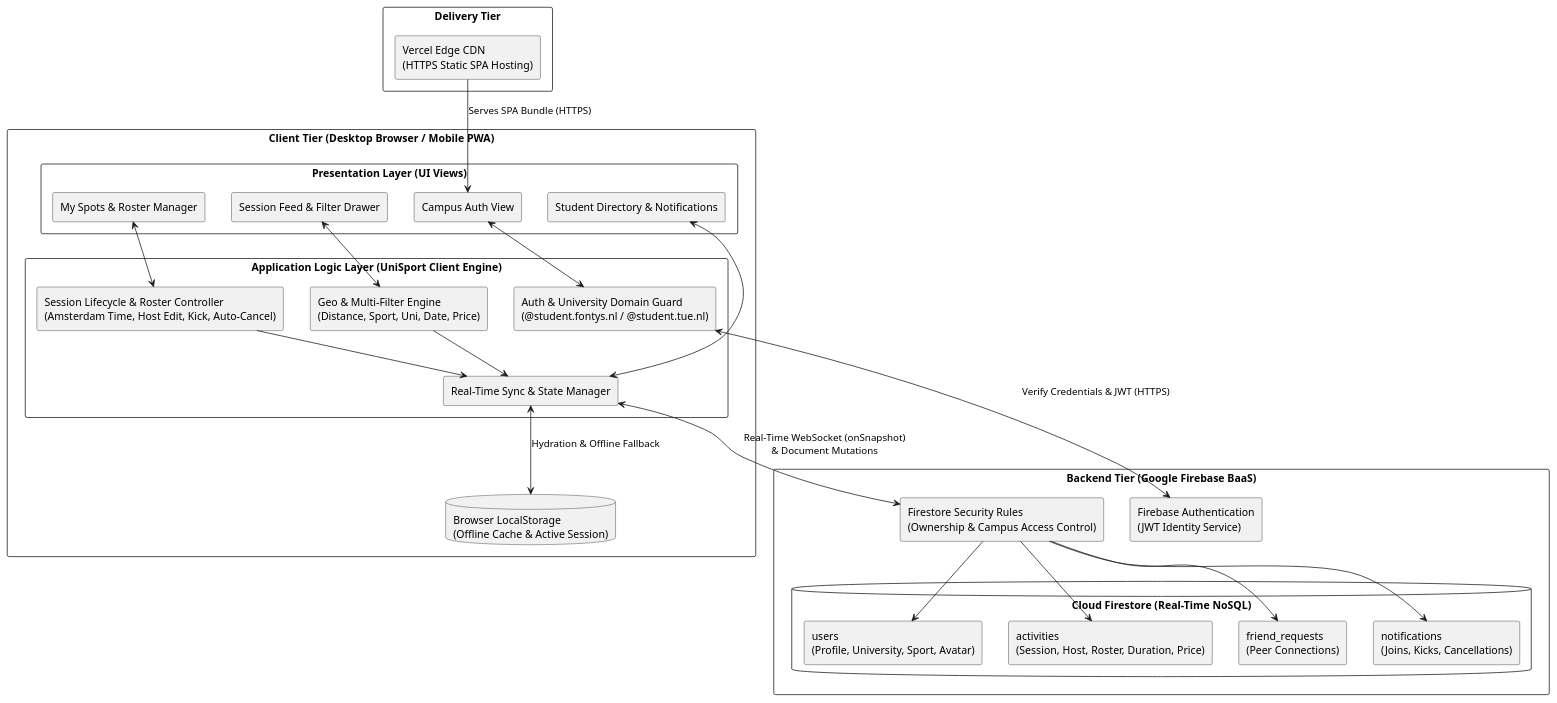
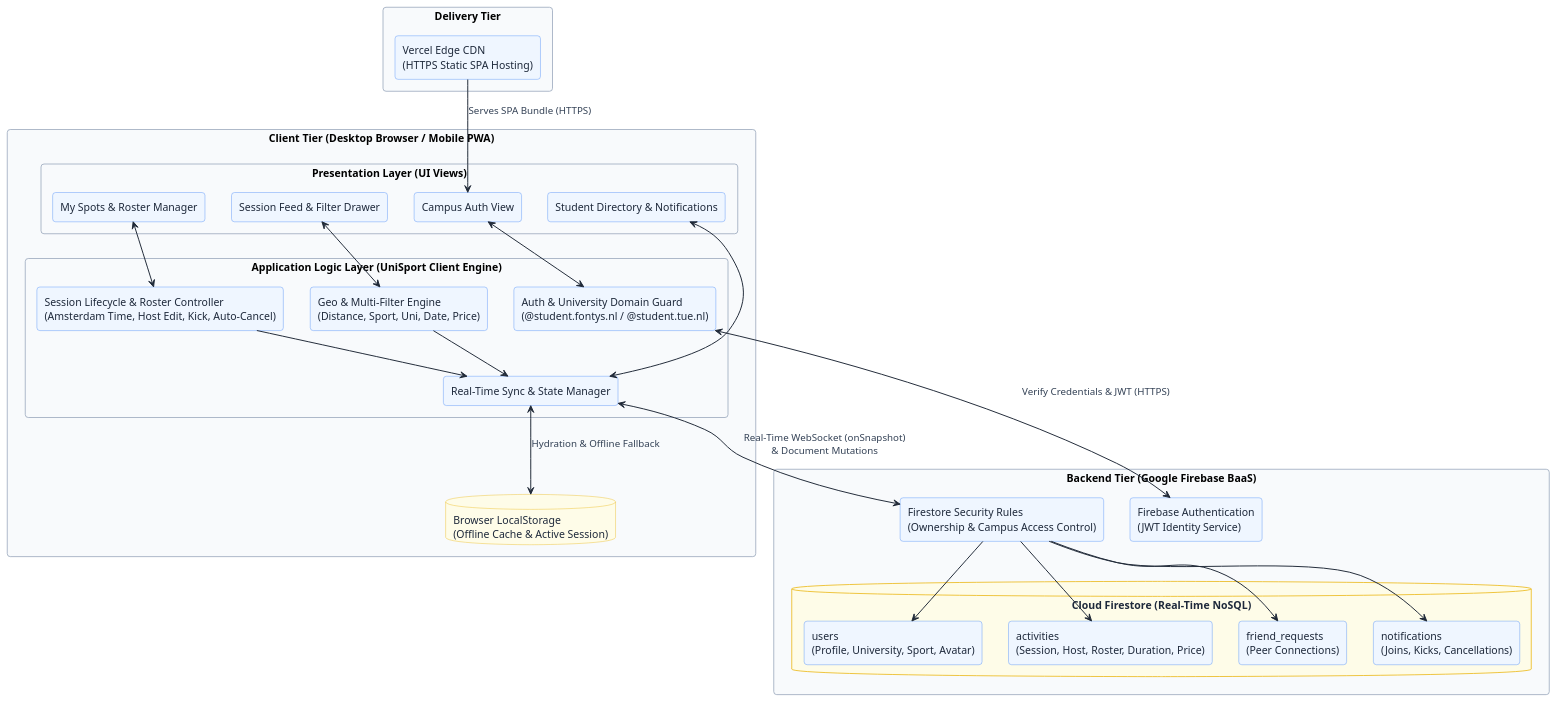
Before and after one commit to martimgalamba7/UniSport-FontysICT_Challenge2: the diagram in uml/System-Architecture-Topology.puml, drawn with PlantUML. The commit also changed 1 other file, not shown here.

Commit message:
style(uml): add blue and yellow color theme matching reference diagram

```diff
--- a/uml/System-Architecture-Topology.puml
+++ b/uml/System-Architecture-Topology.puml
@@ -1,60 +1,87 @@
 @startuml UniSport_System_Architecture_Topology
+skinparam backgroundColor #FFFFFF
 skinparam componentStyle rectangle
 skinparam Shadowing false
+skinparam RoundCorner 8
 skinparam packageStyle rectangle
+
+skinparam package {
+  BackgroundColor #F8FAFC
+  BorderColor #94A3B8
+  FontColor #1E293B
+  FontStyle bold
+}
+
+skinparam component {
+  BackgroundColor #EFF6FF
+  BorderColor #3B82F6
+  FontColor #1E293B
+}
+
+skinparam database {
+  BackgroundColor #FEFCE8
+  BorderColor #EAB308
+  FontColor #1E293B
+}
+
+skinparam arrow {
+  Color #1F2937
+  Thickness 1.3
+  FontColor #334155
+}
 
 package "Delivery Tier" {
   [Vercel Edge CDN\n(HTTPS Static SPA Hosting)] as CDN
 }
 
 package "Client Tier (Desktop Browser / Mobile PWA)" {
 
   package "Presentation Layer (UI Views)" {
     [Campus Auth View] as UIAuth
     [Session Feed & Filter Drawer] as UIFeed
     [My Spots & Roster Manager] as UISpots
     [Student Directory & Notifications] as UISocial
   }
 
   package "Application Logic Layer (UniSport Client Engine)" {
     [Auth & University Domain Guard\n(@student.fontys.nl / @student.tue.nl)] as LogicAuth
     [Session Lifecycle & Roster Controller\n(Amsterdam Time, Host Edit, Kick, Auto-Cancel)] as LogicSession
     [Geo & Multi-Filter Engine\n(Distance, Sport, Uni, Date, Price)] as LogicFilter
     [Real-Time Sync & State Manager] as LogicSync
   }
 
   database "Browser LocalStorage\n(Offline Cache & Active Session)" as LocalCache
 }
 
 package "Backend Tier (Google Firebase BaaS)" {
   [Firebase Authentication\n(JWT Identity Service)] as FBAuth
   [Firestore Security Rules\n(Ownership & Campus Access Control)] as SecRules
 
   database "Cloud Firestore (Real-Time NoSQL)" as Firestore {
     [users\n(Profile, University, Sport, Avatar)] as ColUsers
     [activities\n(Session, Host, Roster, Duration, Price)] as ColActs
     [friend_requests\n(Peer Connections)] as ColFriends
     [notifications\n(Joins, Kicks, Cancellations)] as ColNotifs
   }
 }
 
 CDN --> UIAuth : "Serves SPA Bundle (HTTPS)"
 
 UIAuth <--> LogicAuth
 UIFeed <--> LogicFilter
 UISpots <--> LogicSession
 UISocial <--> LogicSync
 
 LogicSession --> LogicSync
 LogicFilter --> LogicSync
 LogicSync <--> LocalCache : "Hydration & Offline Fallback"
 
 LogicAuth <--> FBAuth : "Verify Credentials & JWT (HTTPS)"
 LogicSync <--> SecRules : "Real-Time WebSocket (onSnapshot)\n& Document Mutations"
 
 SecRules --> ColUsers
 SecRules --> ColActs
 SecRules --> ColFriends
 SecRules --> ColNotifs
 
 @enduml
```
